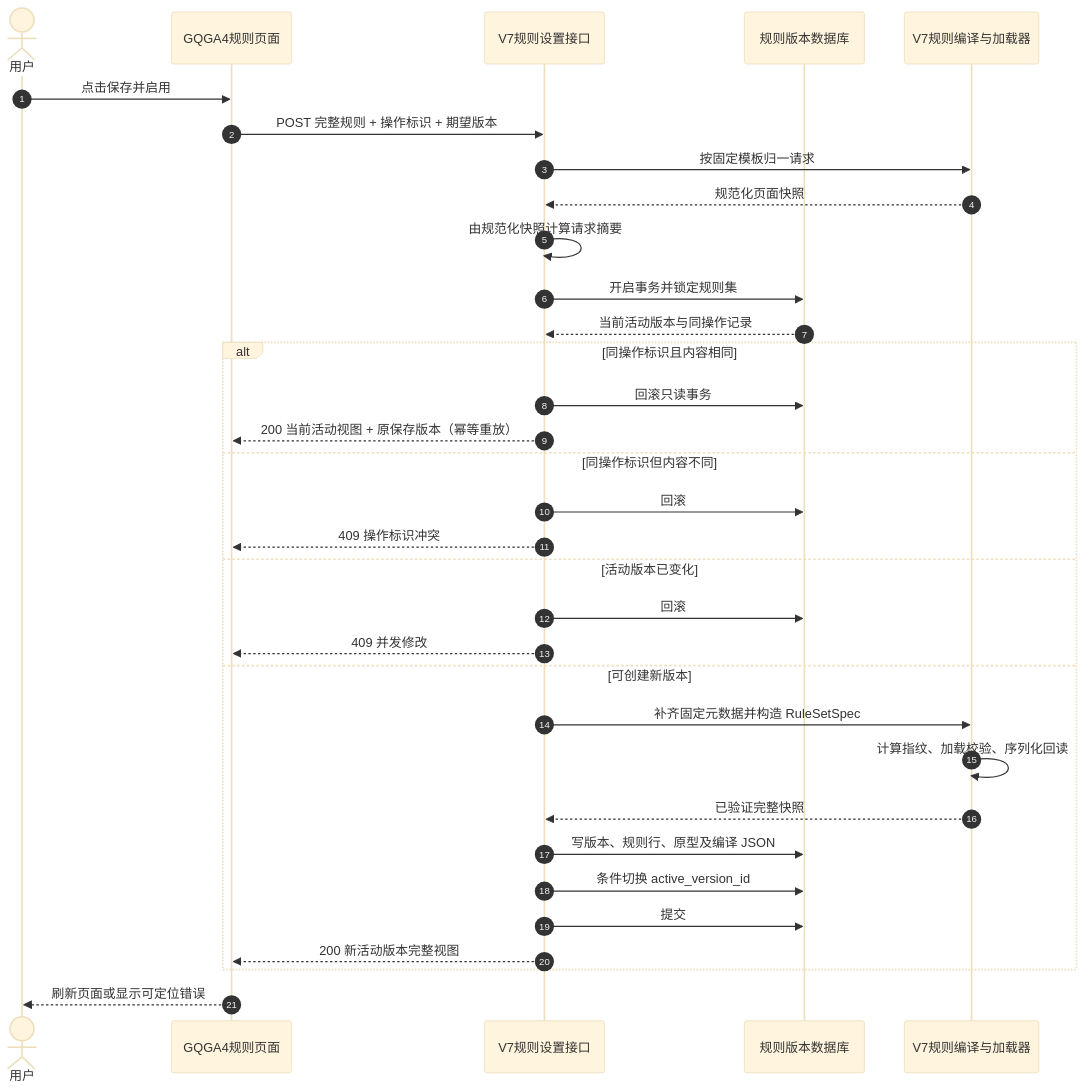
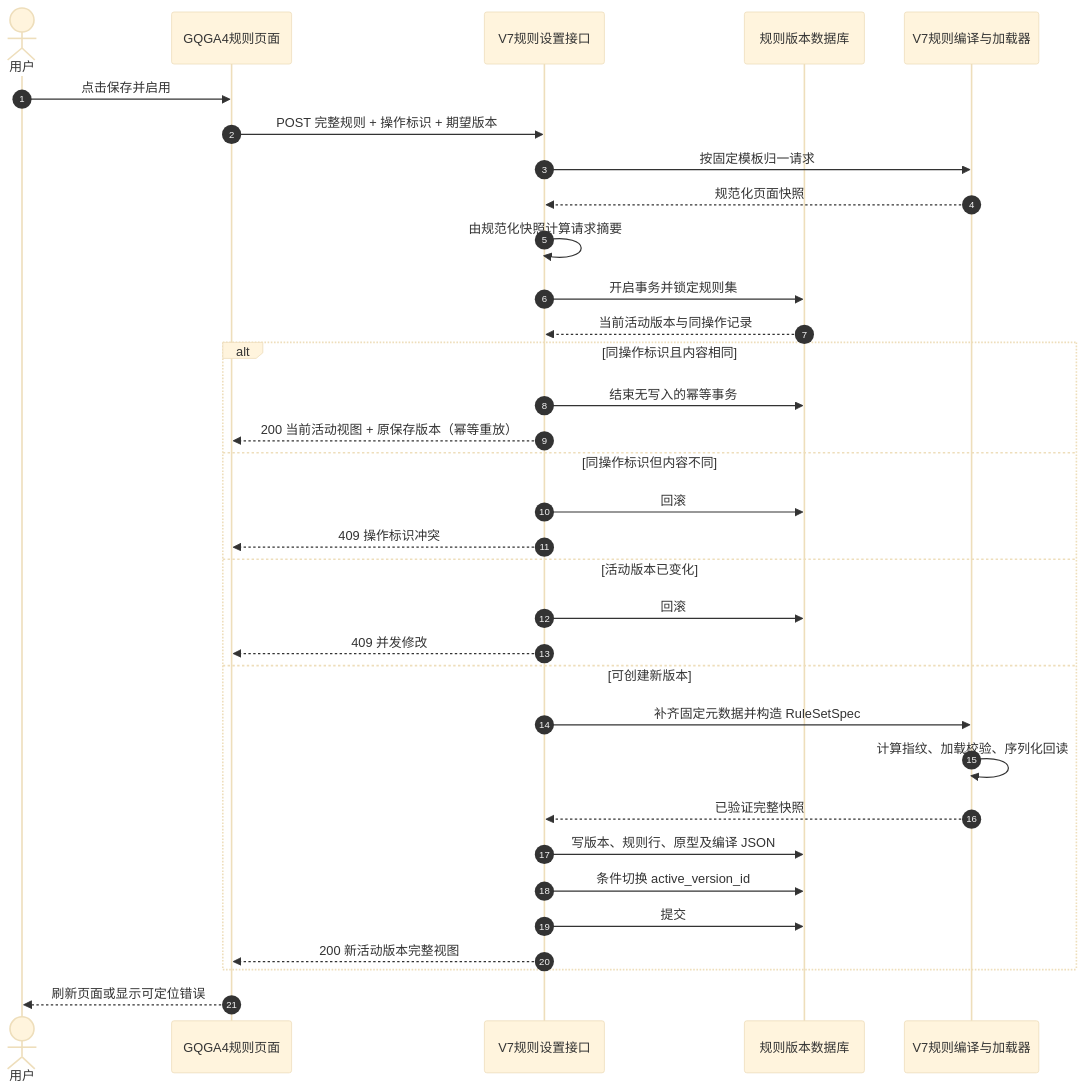
One commit to h3lper1024/APSGoV7 changed the diagram in docs/design/apsgo_v7_rule_setting_api_design.md. Above: the diagram before and after it, drawn with Mermaid (base theme). The commit also changed other lines of this file and 5 other files, not shown here.

````diff
--- a/docs/design/apsgo_v7_rule_setting_api_design.md
+++ b/docs/design/apsgo_v7_rule_setting_api_design.md
@@ -324,36 +324,36 @@
 ```mermaid
 sequenceDiagram
     autonumber
     actor User as 用户
     participant UI as GQGA4规则页面
     participant API as V7规则设置接口
     participant DB as 规则版本数据库
     participant Compiler as V7规则编译与加载器
 
     User->>UI: 点击保存并启用
     UI->>API: POST 完整规则 + 操作标识 + 期望版本
     API->>Compiler: 按固定模板归一请求
     Compiler-->>API: 规范化页面快照
     API->>API: 由规范化快照计算请求摘要
     API->>DB: 开启事务并锁定规则集
     DB-->>API: 当前活动版本与同操作记录
     alt 同操作标识且内容相同
-        API->>DB: 回滚只读事务
+        API->>DB: 结束无写入的幂等事务
         API-->>UI: 200 当前活动视图 + 原保存版本（幂等重放）
     else 同操作标识但内容不同
         API->>DB: 回滚
         API-->>UI: 409 操作标识冲突
     else 活动版本已变化
         API->>DB: 回滚
         API-->>UI: 409 并发修改
     else 可创建新版本
         API->>Compiler: 补齐固定元数据并构造 RuleSetSpec
         Compiler->>Compiler: 计算指纹、加载校验、序列化回读
         Compiler-->>API: 已验证完整快照
         API->>DB: 写版本、规则行、原型及编译 JSON
         API->>DB: 条件切换 active_version_id
         API->>DB: 提交
         API-->>UI: 200 新活动版本完整视图
     end
     UI-->>User: 刷新页面或显示可定位错误
 ```
````
